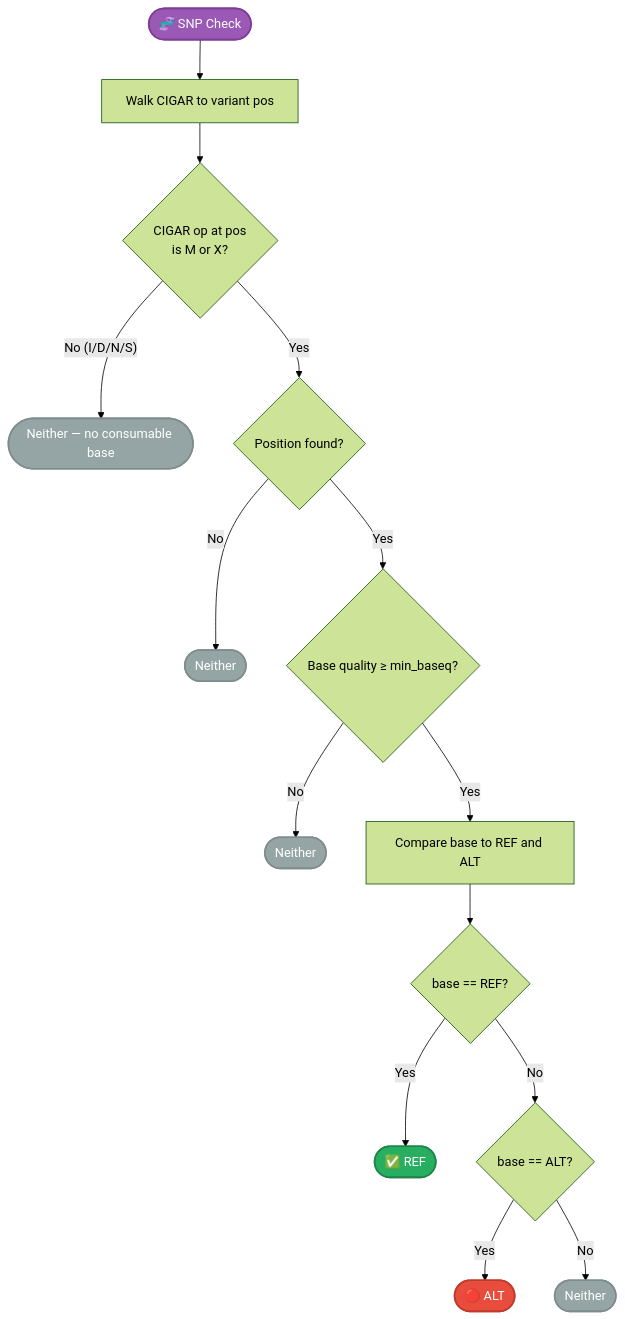
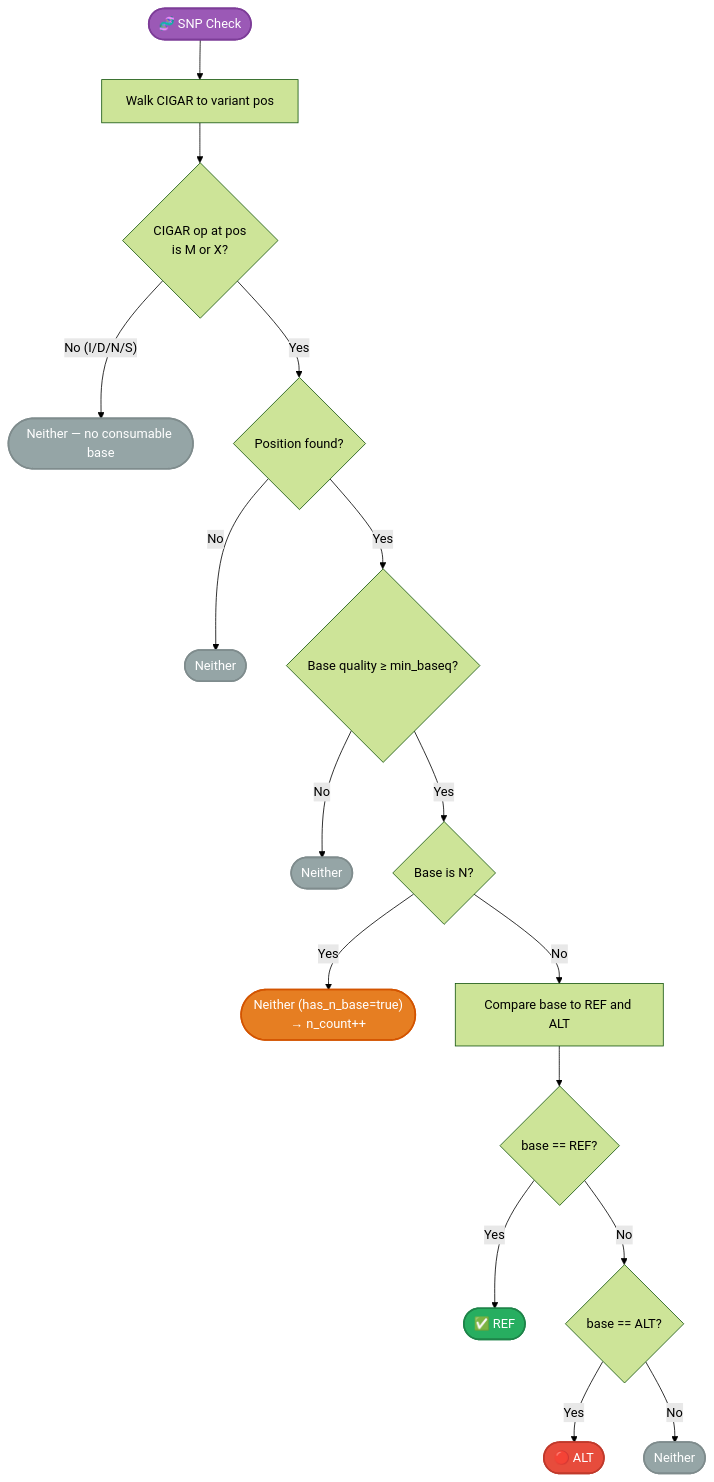
The second of 12 diagrams in docs/reference/allele-classification.md (msk-access/gbcms), drawn with Mermaid (forest theme) before and after one commit. The commit also changed other lines of this file and 28 other files, not shown here.

````diff
--- a/docs/reference/allele-classification.md
+++ b/docs/reference/allele-classification.md
@@ -62,21 +62,24 @@
 ```mermaid
 flowchart TD
     Start(["🧬 SNP Check"]):::start --> Walk["Walk CIGAR to variant pos"]
     Walk --> CigarOp{"CIGAR op at pos\nis M or X?"}
     CigarOp -->|"No (I/D/N/S)"| Neither0(["Neither — no consumable base"]):::neither
     CigarOp -->|"Yes"| Found{"Position found?"}
     Found -->|No| Neither1(["Neither"]):::neither
     Found -->|Yes| BQ{"Base quality ≥ min_baseq?"}
     BQ -->|No| Neither2(["Neither"]):::neither
-    BQ -->|Yes| Compare["Compare base to REF and ALT"]
+    BQ -->|Yes| NCheck{"Base is N?"}
+    NCheck -->|Yes| NeitherN(["Neither (has_n_base=true)\n→ n_count++"]):::nbase
+    NCheck -->|No| Compare["Compare base to REF and ALT"]
     Compare --> IsRef{"base == REF?"}
     IsRef -->|Yes| Ref(["✅ REF"]):::ref
     IsRef -->|No| IsAlt{"base == ALT?"}
     IsAlt -->|Yes| Alt(["🔴 ALT"]):::alt
     IsAlt -->|No| Neither3(["Neither"]):::neither
 
     classDef start fill:#9b59b6,color:#fff,stroke:#7d3c98,stroke-width:2px;
     classDef ref fill:#27ae60,color:#fff,stroke:#1e8449,stroke-width:2px;
     classDef alt fill:#e74c3c,color:#fff,stroke:#c0392b,stroke-width:2px;
     classDef neither fill:#95a5a6,color:#fff,stroke:#7f8c8d,stroke-width:2px;
+    classDef nbase fill:#e67e22,color:#fff,stroke:#d35400,stroke-width:2px;
 ```
````
